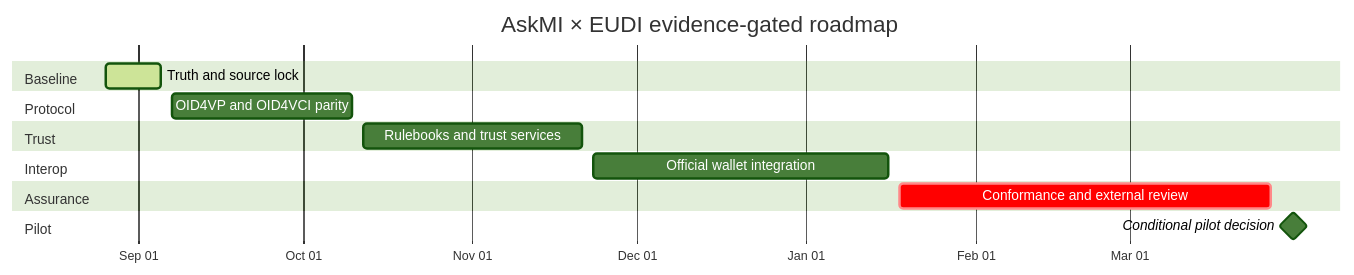
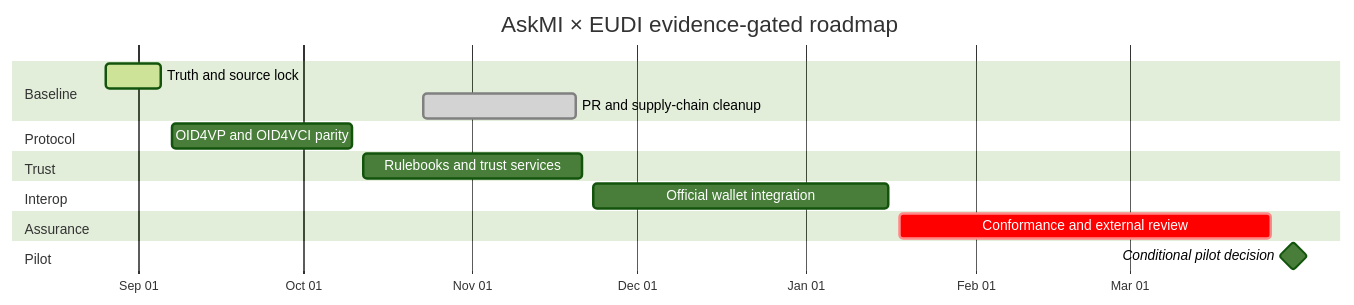
One commit to Late-bloomer420/miTch changed the diagram in docs/RELEASE_READINESS_ROADMAP.md. Above: the diagram before and after it, drawn with Mermaid (forest theme). The commit also changed other lines of this file and 12 other files, not shown here.

First line of the commit message:
chore(audit): remove dormant picomatch exception; docs: map PR/security cleanup to roadmap gates

````diff
--- a/docs/RELEASE_READINESS_ROADMAP.md
+++ b/docs/RELEASE_READINESS_ROADMAP.md
@@ -110,18 +110,19 @@
 ```mermaid
 gantt
     title AskMI × EUDI evidence-gated roadmap
     dateFormat YYYY-MM-DD
     axisFormat %b %d
     section Baseline
     Truth and source lock :active, w0, 2026-08-26, 10d
+    PR and supply-chain cleanup :done, w0c, 2026-10-23, 2026-11-20
     section Protocol
     OID4VP and OID4VCI parity :w1, 2026-09-07, 33d
     section Trust
     Rulebooks and trust services :w2, 2026-10-12, 40d
     section Interop
     Official wallet integration :w3, 2026-11-23, 54d
     section Assurance
     Conformance and external review :crit, w4, 2027-01-18, 68d
     section Pilot
     Conditional pilot decision :milestone, pilot, 2027-03-31, 0d
 ```
````
